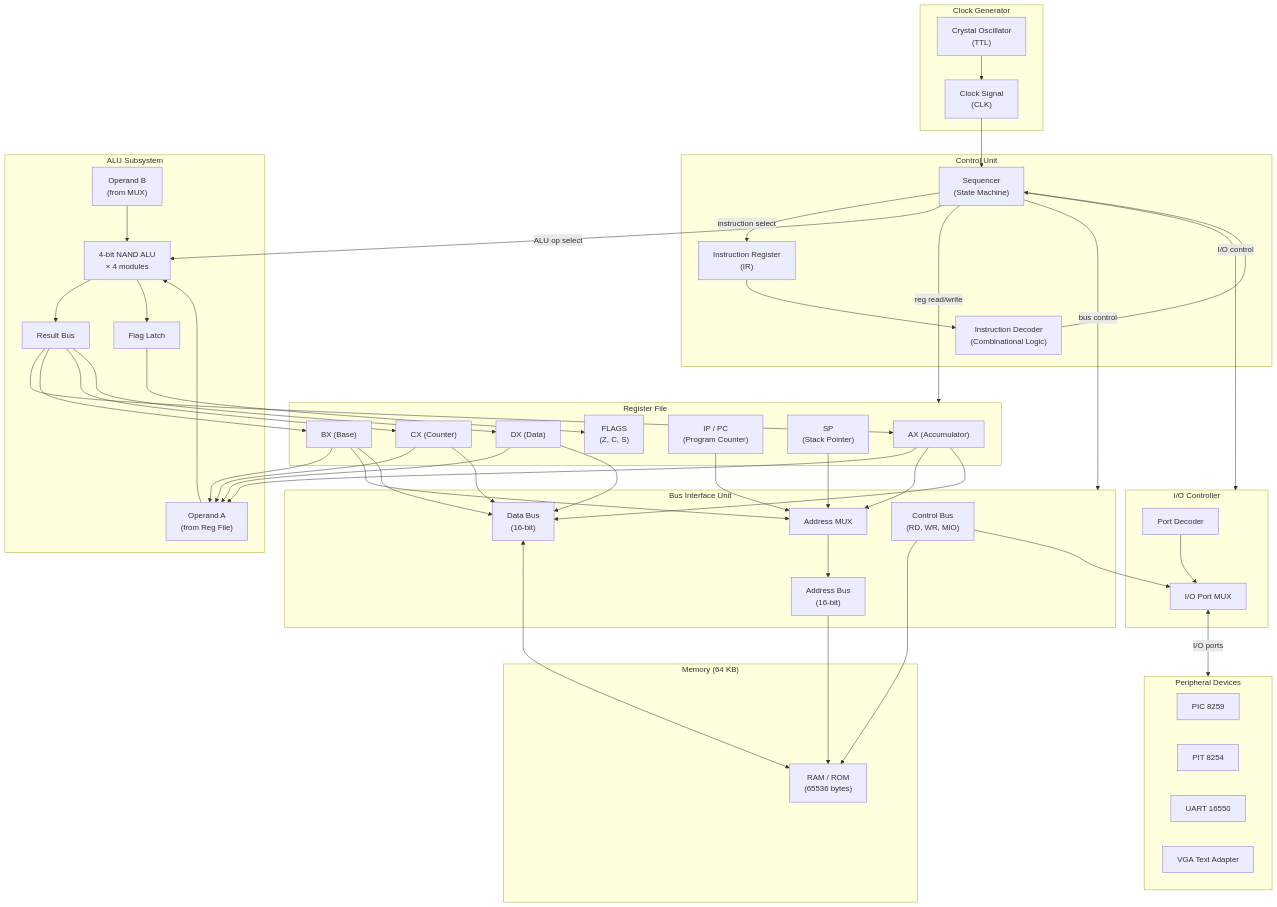
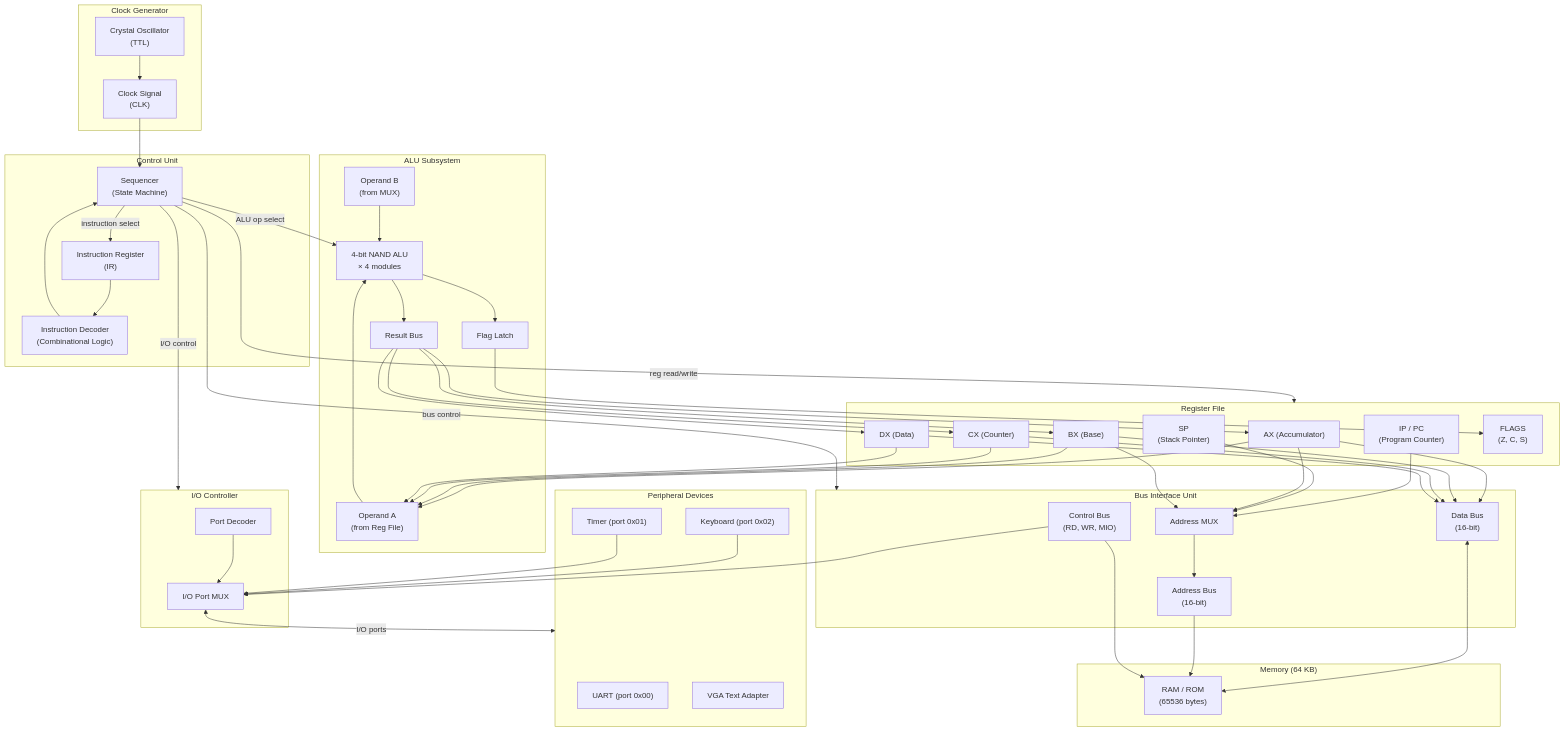
Before and after one commit to MinecAnton209/NovumOS-16bit: the first of 10 diagrams in docs/en/architecture/overview.md, drawn with Mermaid. The commit also changed other lines of this file and 30 other files, not shown here.

First line of the commit message:
feat: simple UART at port 0x00, kernel shell, remove PIC/PIT/UART16550, update docs

````diff
--- a/docs/en/architecture/overview.md
+++ b/docs/en/architecture/overview.md
@@ -61,9 +61,9 @@
     end
 
     subgraph Peripherals["Peripheral Devices"]
-        PIC["PIC 8259"]
-        PIT["PIT 8254"]
-        UART["UART 16550"]
+        UART["UART (port 0x00)"]
+        TIMER["Timer (port 0x01)"]
+        KBD["Keyboard (port 0x02)"]
         VGA["VGA Text Adapter"]
     end
 
@@ -102,4 +102,7 @@
     IO_MUX <-->|I/O ports| Peripherals
     CONTROL_BUS --> IO_MUX
     IO_DECODE --> IO_MUX
+
+    KBD --> IO_MUX
+    TIMER --> IO_MUX
 ```
````
